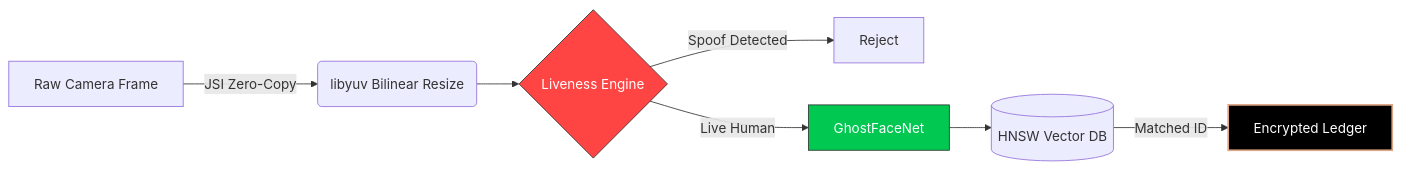
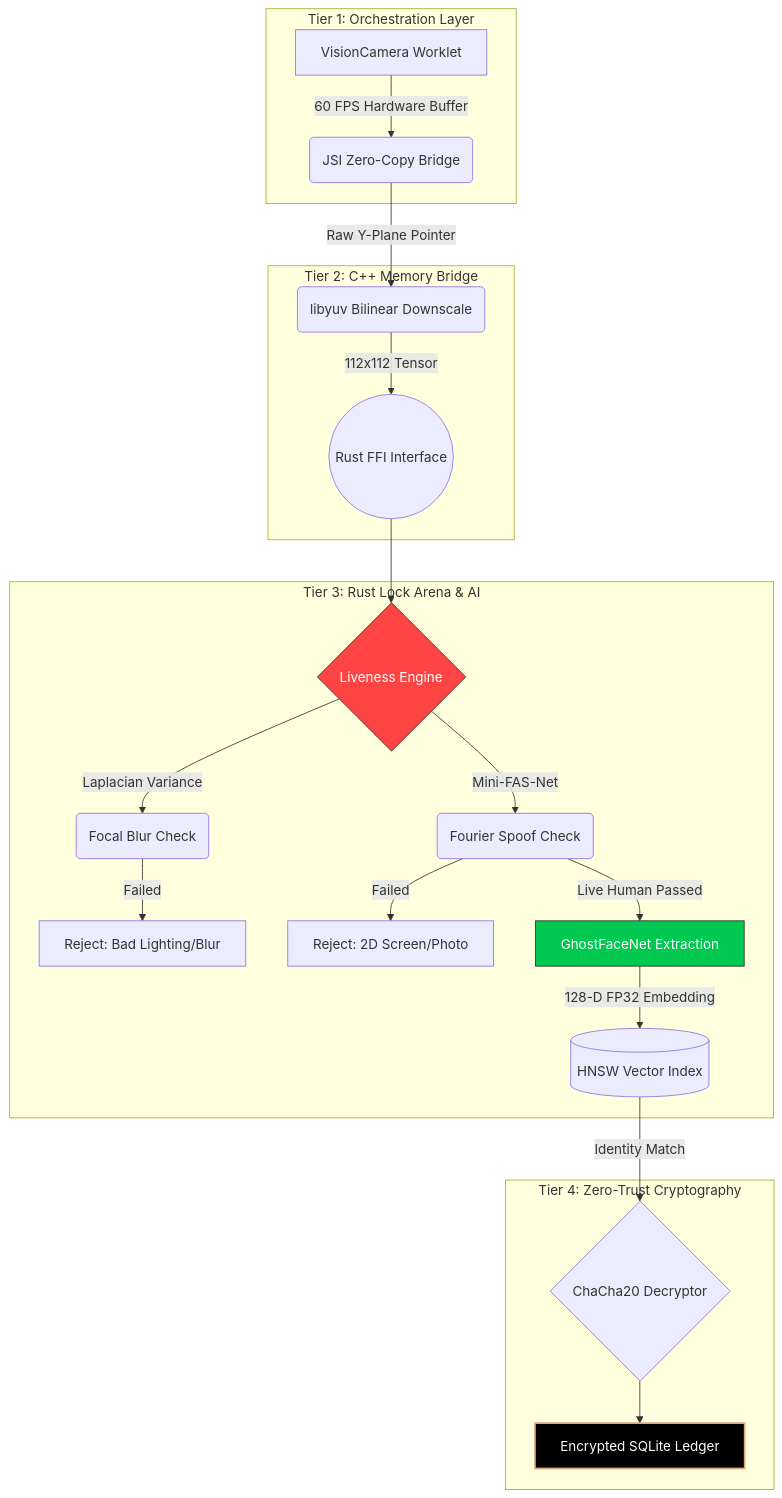
Before and after one commit to abhay-2108/Secure-Face-Liveness-Suite: the diagram in README.md, drawn with Mermaid. The commit also changed 2 other files, not shown here.

Commit message:
docs: upgrade architectural diagrams and append MIT license

````diff
--- a/README.md
+++ b/README.md
@@ -39,13 +39,31 @@
 ```mermaid
-flowchart LR
-    A[Raw Camera Frame] -->|JSI Zero-Copy| B(libyuv Bilinear Resize)
-    B --> C{Liveness Engine}
-    C -->|Spoof Detected| D[Reject]
-    C -->|Live Human| E[GhostFaceNet]
-    E --> F[(HNSW Vector DB)]
-    F -->|Matched ID| G[Encrypted Ledger]
-    
-    style C fill:#ff4444,stroke:#333,color:#fff
-    style E fill:#00C851,stroke:#333,color:#fff
-    style G fill:#000,stroke:#dea584,stroke-width:2px,color:#fff
+flowchart TB
+    subgraph Tier 1: Orchestration Layer
+        A[VisionCamera Worklet] -->|60 FPS Hardware Buffer| B(JSI Zero-Copy Bridge)
+    end
+
+    subgraph Tier 2: C++ Memory Bridge
+        B -->|Raw Y-Plane Pointer| C(libyuv Bilinear Downscale)
+        C -->|112x112 Tensor| D((Rust FFI Interface))
+    end
+
+    subgraph Tier 3: Rust Lock Arena & AI
+        D --> E{Liveness Engine}
+        E -->|Laplacian Variance| F(Focal Blur Check)
+        E -->|Mini-FAS-Net| G(Fourier Spoof Check)
+        F -->|Failed| REJ[Reject: Bad Lighting/Blur]
+        G -->|Failed| REJ2[Reject: 2D Screen/Photo]
+        
+        G -->|Live Human Passed| H[GhostFaceNet Extraction]
+        H -->|128-D FP32 Embedding| I[(HNSW Vector Index)]
+    end
+
+    subgraph Tier 4: Zero-Trust Cryptography
+        I -->|Identity Match| J{ChaCha20 Decryptor}
+        J --> K[Encrypted SQLite Ledger]
+    end
+
+    style E fill:#ff4444,stroke:#333,color:#fff
+    style H fill:#00C851,stroke:#333,color:#fff
+    style K fill:#000,stroke:#dea584,stroke-width:2px,color:#fff
 ```
````
